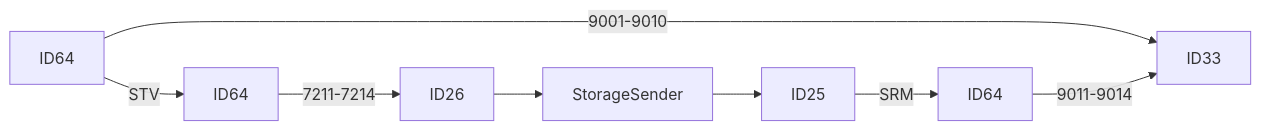
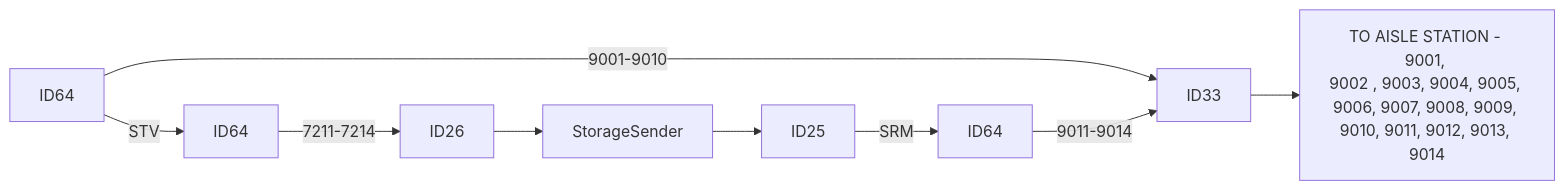
Before and after one commit to luthfiadityaa/SimeDarby-Wiki: the fifth of 7 diagrams in Basic-Design/DFD-WMS/Retrieval/QC-Setting/Retrieval-for-QC-Start.md, drawn with Mermaid.

Commit message:
Updated Retrieval for QC Start

```diff
--- a/Basic-Design/DFD-WMS/Retrieval/QC-Setting/Retrieval-for-QC-Start.md
+++ b/Basic-Design/DFD-WMS/Retrieval/QC-Setting/Retrieval-for-QC-Start.md
@@ -48,7 +48,13 @@
 ::: mermaid
 flowchart LR 
 P18[ID64]--> |STV| P19[ID64]--> |7211-7214| P20[ID26]-->P21[StorageSender]-->P22[ID25]--> |SRM| P23[ID64]
 
 P18[ID64]--> |9001-9010| P14[ID33]
-P23[ID64]--> |9011-9014|P14[ID33]
+P23[ID64]--> |9011-9014| P14[ID33]
+
+P14[ID33]-->P1[TO AISLE STATION - 9001, 
+9002 , 9003, 9004, 9005, 
+9006, 9007, 9008, 9009, 
+9010, 9011, 9012, 9013, 
+9014]
 :::
```
